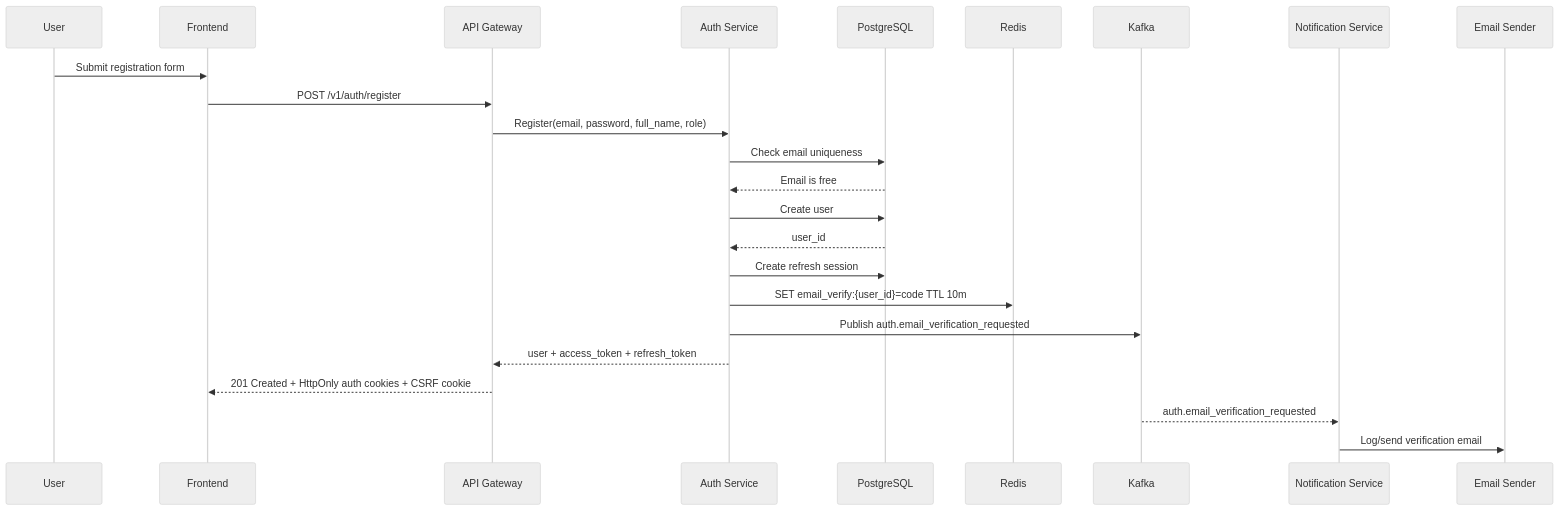
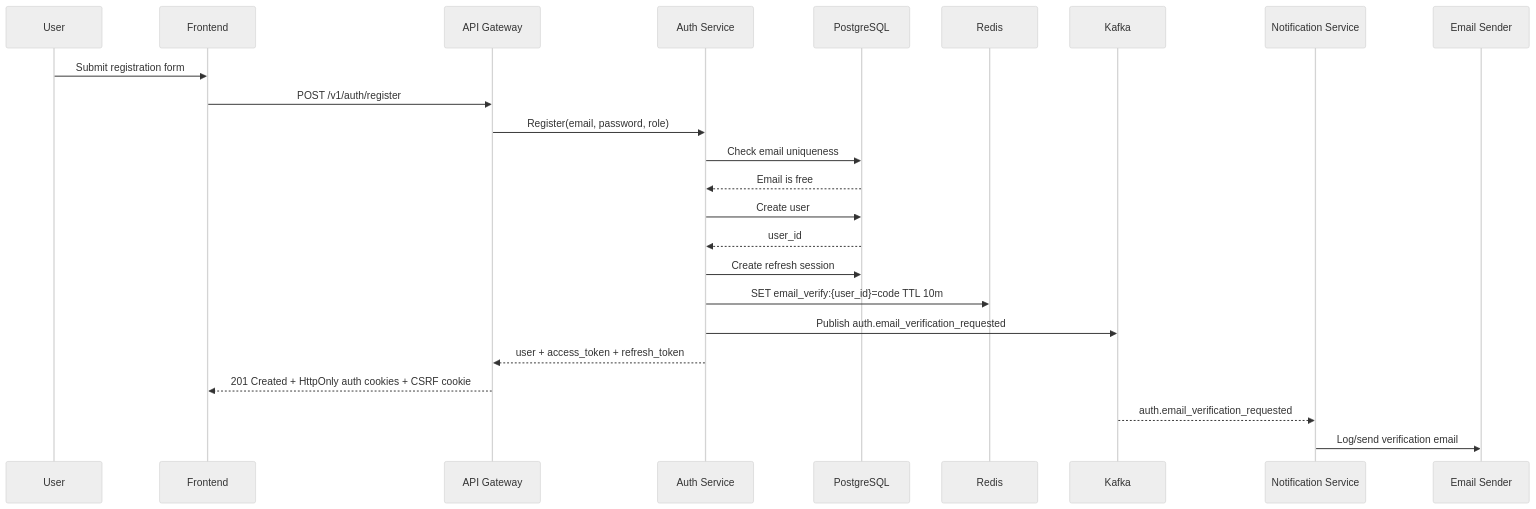
Before and after one commit to tmcrypted/berusmenu: the first of 16 diagrams in docs/sequence-diagrams.md, drawn with Mermaid (neutral theme). The commit also changed other lines of this file and 19 other files, not shown here.

````diff
--- a/docs/sequence-diagrams.md
+++ b/docs/sequence-diagrams.md
@@ -5,27 +5,27 @@
 ```mermaid
 sequenceDiagram
     participant U as User
     participant FE as Frontend
     participant GW as API Gateway
     participant AU as Auth Service
     participant PG as PostgreSQL
     participant R as Redis
     participant K as Kafka
     participant NS as Notification Service
     participant ES as Email Sender
 
     U->>FE: Submit registration form
     FE->>GW: POST /v1/auth/register
-    GW->>AU: Register(email, password, full_name, role)
+    GW->>AU: Register(email, password, role)
     AU->>PG: Check email uniqueness
     PG-->>AU: Email is free
     AU->>PG: Create user
     PG-->>AU: user_id
     AU->>PG: Create refresh session
     AU->>R: SET email_verify:{user_id}=code TTL 10m
     AU->>K: Publish auth.email_verification_requested
     AU-->>GW: user + access_token + refresh_token
     GW-->>FE: 201 Created + HttpOnly auth cookies + CSRF cookie
     K-->>NS: auth.email_verification_requested
     NS->>ES: Log/send verification email
 ```
````
